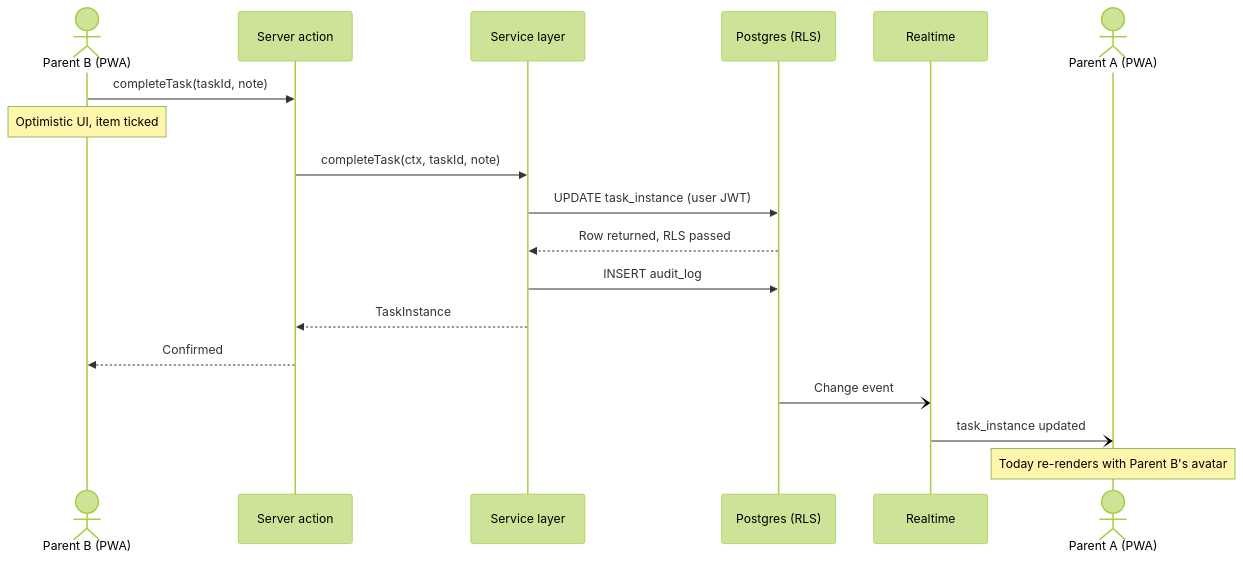
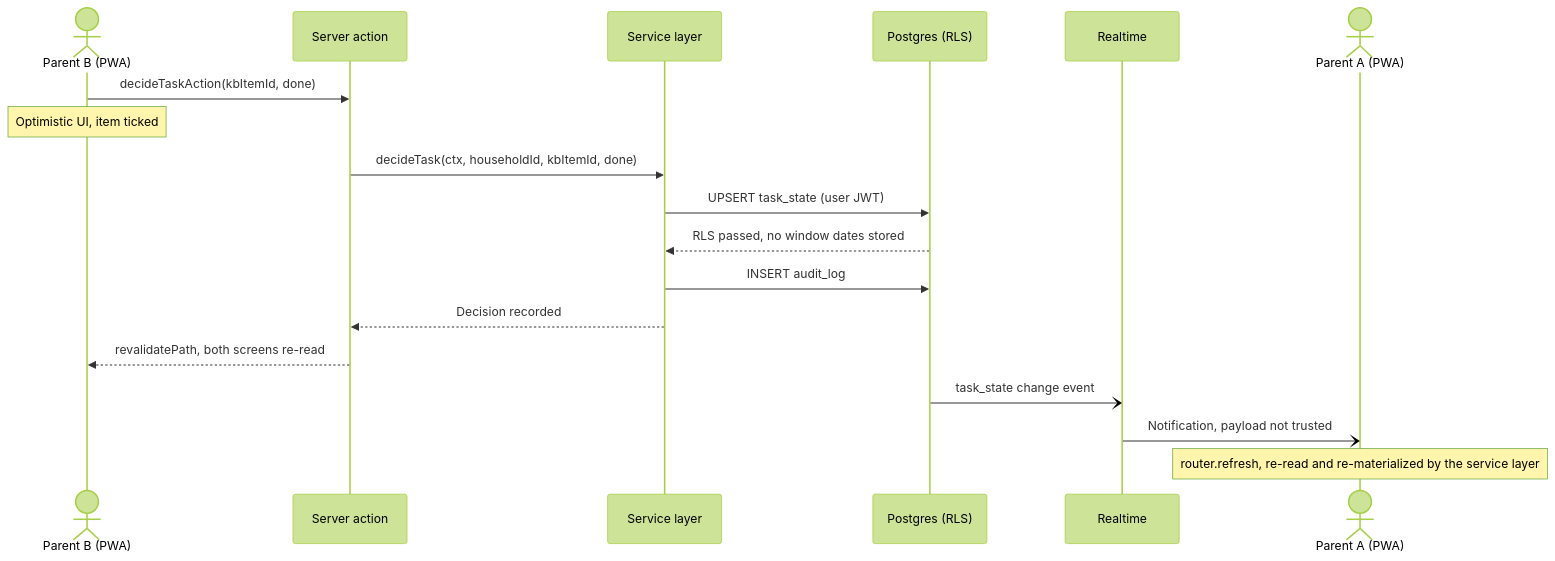
The diagram in docs/diagrams/sequence-task-realtime.mmd (DorFerenc/Kenn), drawn with Mermaid (forest theme) before and after one commit. The commit also changed 8 other files, not shown here.

```diff
--- a/docs/diagrams/sequence-task-realtime.mmd
+++ b/docs/diagrams/sequence-task-realtime.mmd
@@ -1,18 +1,18 @@
 sequenceDiagram
   actor Y as Parent B (PWA)
   participant W as Server action
   participant S as Service layer
   participant DB as Postgres (RLS)
   participant RT as Realtime
   actor D as Parent A (PWA)
-  Y->>W: completeTask(taskId, note)
+  Y->>W: decideTaskAction(kbItemId, done)
   Note over Y: Optimistic UI, item ticked
-  W->>S: completeTask(ctx, taskId, note)
-  S->>DB: UPDATE task_instance (user JWT)
-  DB-->>S: Row returned, RLS passed
+  W->>S: decideTask(ctx, householdId, kbItemId, done)
+  S->>DB: UPSERT task_state (user JWT)
+  DB-->>S: RLS passed, no window dates stored
   S->>DB: INSERT audit_log
-  S-->>W: TaskInstance
-  W-->>Y: Confirmed
-  DB-)RT: Change event
-  RT-)D: task_instance updated
-  Note over D: Today re-renders with Parent B's avatar
+  S-->>W: Decision recorded
+  W-->>Y: revalidatePath, both screens re-read
+  DB-)RT: task_state change event
+  RT-)D: Notification, payload not trusted
+  Note over D: router.refresh, re-read and re-materialized by the service layer
```
